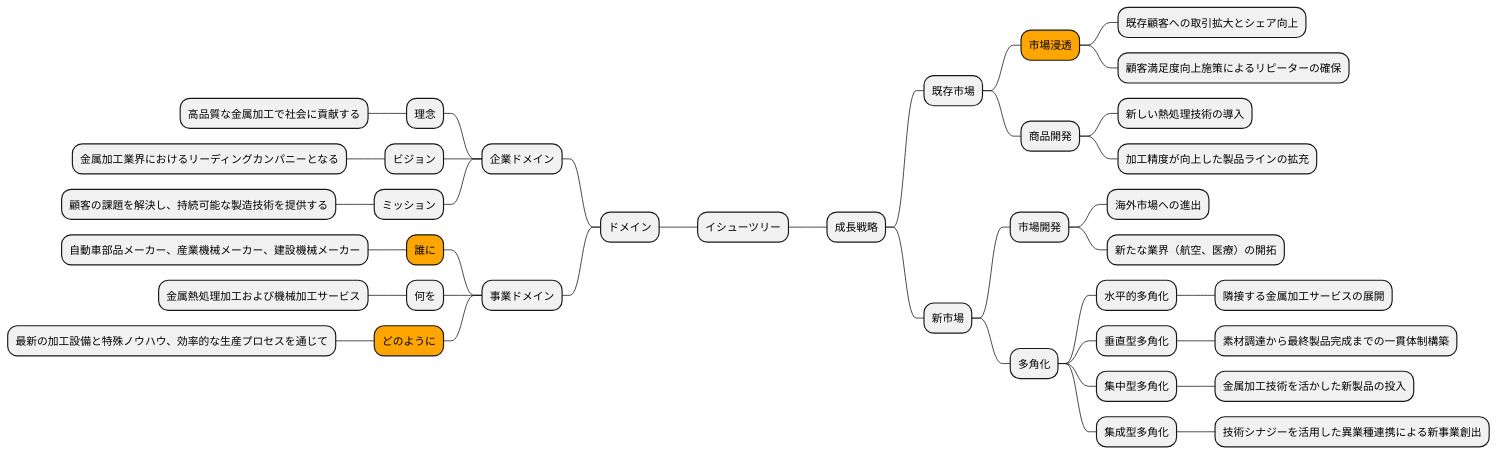
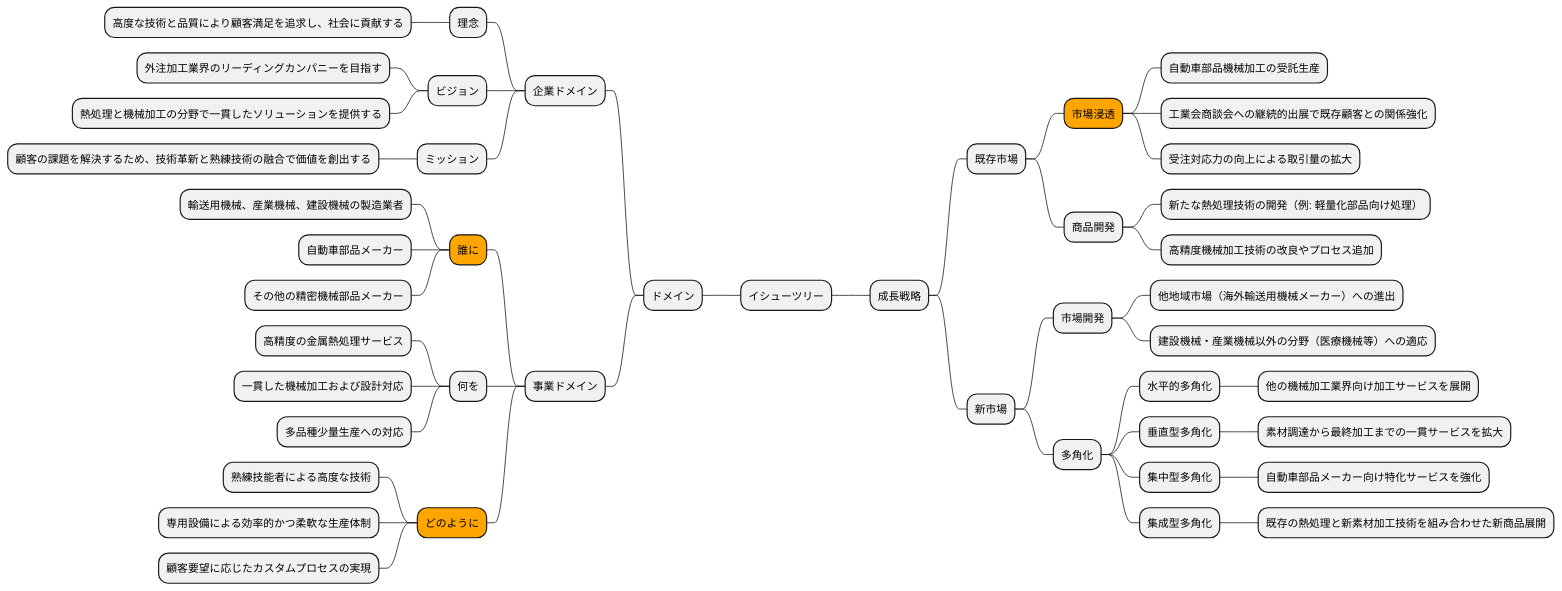
The seventh of 19 diagrams in docs/case/r01_case_3.adoc (k2works/case-study-business-analysis), drawn with PlantUML before and after one commit. The commit also changed other lines of this file, not shown here.

```diff
--- a/docs/case/r01_case_3.adoc
+++ b/docs/case/r01_case_3.adoc
@@ -271,46 +274,54 @@
 [plantuml]
 ----
 @startmindmap
 
 * イシューツリー
 left side
 ** ドメイン
 *** 企業ドメイン
 **** 理念
-***** 高品質な金属加工で社会に貢献する
+***** 高度な技術と品質により顧客満足を追求し、社会に貢献する
 **** ビジョン
-***** 金属加工業界におけるリーディングカンパニーとなる
+***** 外注加工業界のリーディングカンパニーを目指す
+***** 熱処理と機械加工の分野で一貫したソリューションを提供する
 **** ミッション
-***** 顧客の課題を解決し、持続可能な製造技術を提供する
+***** 顧客の課題を解決するため、技術革新と熟練技術の融合で価値を創出する
 *** 事業ドメイン
 ****[#orange] 誰に
-***** 自動車部品メーカー、産業機械メーカー、建設機械メーカー
+***** 輸送用機械、産業機械、建設機械の製造業者
+***** 自動車部品メーカー
+***** その他の精密機械部品メーカー
 **** 何を
-***** 金属熱処理加工および機械加工サービス
+***** 高精度の金属熱処理サービス
+***** 一貫した機械加工および設計対応
+***** 多品種少量生産への対応
 ****[#orange] どのように
-***** 最新の加工設備と特殊ノウハウ、効率的な生産プロセスを通じて
+***** 熟練技能者による高度な技術
+***** 専用設備による効率的かつ柔軟な生産体制
+***** 顧客要望に応じたカスタムプロセスの実現
 right side
 ** 成長戦略
 *** 既存市場
 ****[#orange] 市場浸透
-***** 既存顧客への取引拡大とシェア向上
-***** 顧客満足度向上施策によるリピーターの確保
+***** 自動車部品機械加工の受託生産
+***** 工業会商談会への継続的出展で既存顧客との関係強化
+***** 受注対応力の向上による取引量の拡大
 **** 商品開発
-***** 新しい熱処理技術の導入
-***** 加工精度が向上した製品ラインの拡充
+***** 新たな熱処理技術の開発（例: 軽量化部品向け処理）
+***** 高精度機械加工技術の改良やプロセス追加
 *** 新市場
 **** 市場開発
-***** 海外市場への進出
-***** 新たな業界（航空、医療）の開拓
+***** 他地域市場（海外輸送用機械メーカー）への進出
+***** 建設機械・産業機械以外の分野（医療機械等）への適応
 **** 多角化
 ***** 水平的多角化
-****** 隣接する金属加工サービスの展開
+****** 他の機械加工業界向け加工サービスを展開
 ***** 垂直型多角化
-****** 素材調達から最終製品完成までの一貫体制構築
+****** 素材調達から最終加工までの一貫サービスを拡大
 ***** 集中型多角化
-****** 金属加工技術を活かした新製品の投入
+****** 自動車部品メーカー向け特化サービスを強化
 ***** 集成型多角化
-****** 技術シナジーを活用した異業種連携による新事業創出
+****** 既存の熱処理と新素材加工技術を組み合わせた新商品展開
 
 @endmindmap
 ----
```
